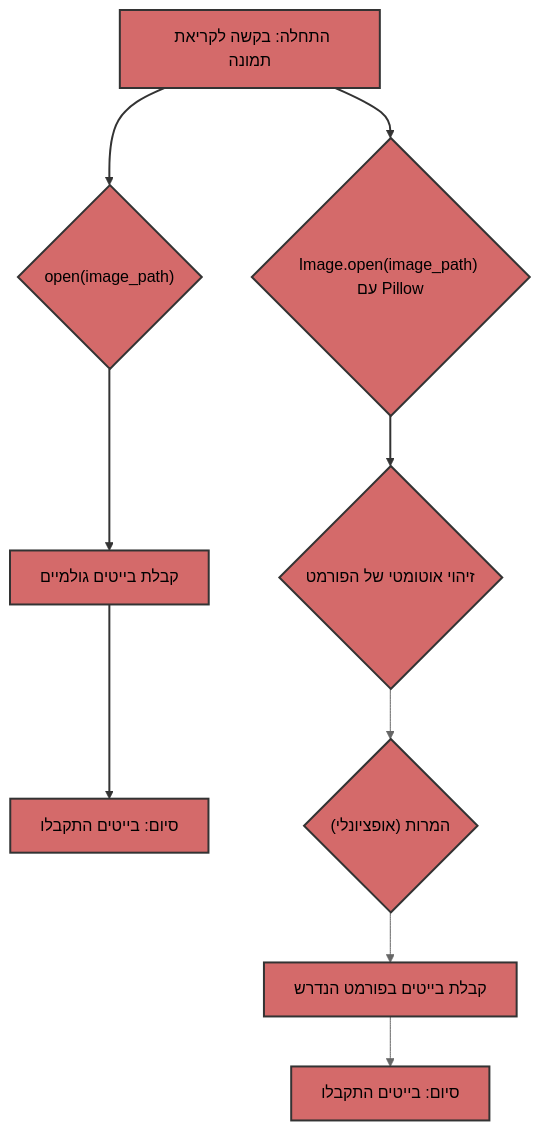
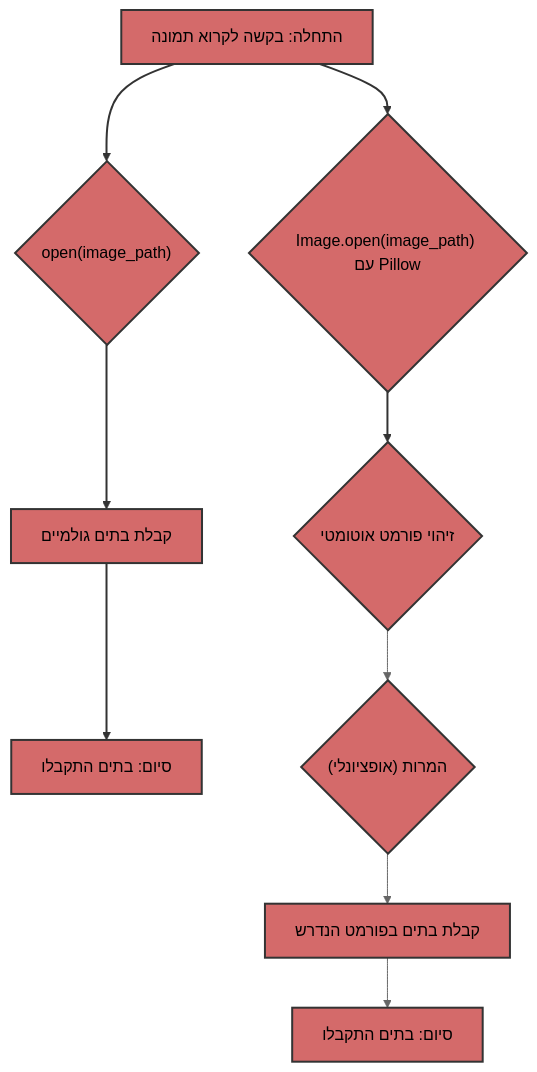
The diagram in cheatsheets/readbytes_vs_pillow.md (hypo69/1001-python-he), drawn with Mermaid (neutral theme) before and after one commit. The commit also changed other lines of this file and 869 other files, not shown here.

````diff
--- a/cheatsheets/readbytes_vs_pillow.md
+++ b/cheatsheets/readbytes_vs_pillow.md
@@ -149,26 +149,26 @@
 ```mermaid
 graph TD
-    A[התחלה: בקשה לקריאת תמונה] --> B{"open(image_path)"};
-    B --> C[קבלת בייטים גולמיים];
-    C --> D[סיום: בייטים התקבלו];
+    A[התחלה: בקשה לקרוא תמונה] --> B{"open(image_path)"};
+    B --> C[קבלת בתים גולמיים];
+    C --> D[סיום: בתים התקבלו];
 
     A --> E{"Image.open(image_path) עם Pillow"};
-    E --> F{זיהוי אוטומטי של הפורמט};
+    E --> F{זיהוי פורמט אוטומטי};
     F --> G{"המרות (אופציונלי)"};
-    G --> H[קבלת בייטים בפורמט הנדרש];
-    H --> I[סיום: בייטים התקבלו];
+    G --> H[קבלת בתים בפורמט הנדרש];
+    H --> I[סיום: בתים התקבלו];
 
     
     
     style A fill:#D46A6A,stroke:#333,stroke-width:2px
     style B fill:#D46A6A,stroke:#333,stroke-width:2px
     style C fill:#D46A6A,stroke:#333,stroke-width:2px
     style D fill:#D46A6A,stroke:#333,stroke-width:2px
     style E fill:#D46A6A,stroke:#333,stroke-width:2px
     style F fill:#D46A6A,stroke:#333,stroke-width:2px
     style G fill:#D46A6A,stroke:#333,stroke-width:2px
     style H fill:#D46A6A,stroke:#333,stroke-width:2px
     style I fill:#D46A6A,stroke:#333,stroke-width:2px
     
     linkStyle 0,1,2,3,4 stroke:#333,stroke-width:2px
 ```
````
